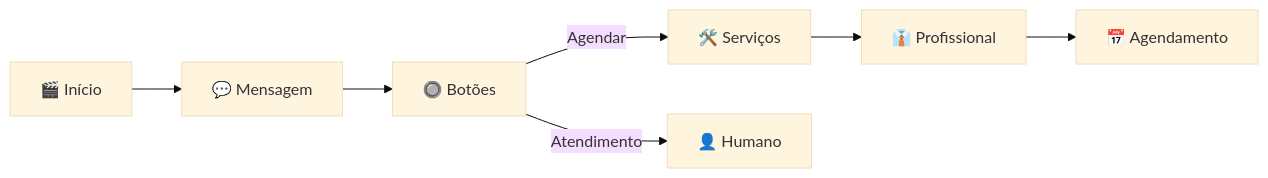
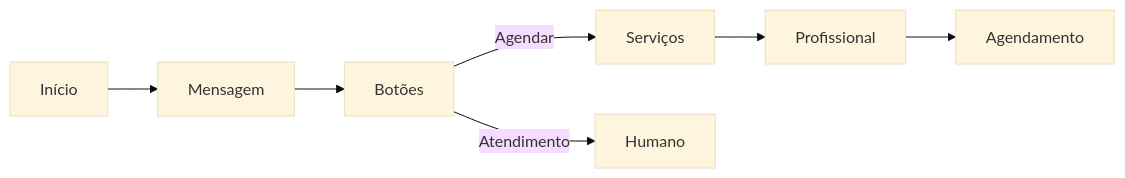
Before and after one commit to AgendoCerto/docs: the first of 3 diagrams in contents/guides/bots.md, drawn with Mermaid (base theme). The commit also changed other lines of this file and 6 other files, not shown here.

````diff
--- a/contents/guides/bots.md
+++ b/contents/guides/bots.md
@@ -66,9 +65,9 @@
 ```mermaid
 graph LR
-    A[🎬 Início] --> B[💬 Mensagem]
-    B --> C[🔘 Botões]
-    C -->|Agendar| D[🛠️ Serviços]
-    C -->|Atendimento| G[👤 Humano]
-    D --> E[👔 Profissional]
-    E --> F[📅 Agendamento]
+    A[Início] --> B[Mensagem]
+    B --> C[Botões]
+    C -->|Agendar| D[Serviços]
+    C -->|Atendimento| G[Humano]
+    D --> E[Profissional]
+    E --> F[Agendamento]
 ```
````
